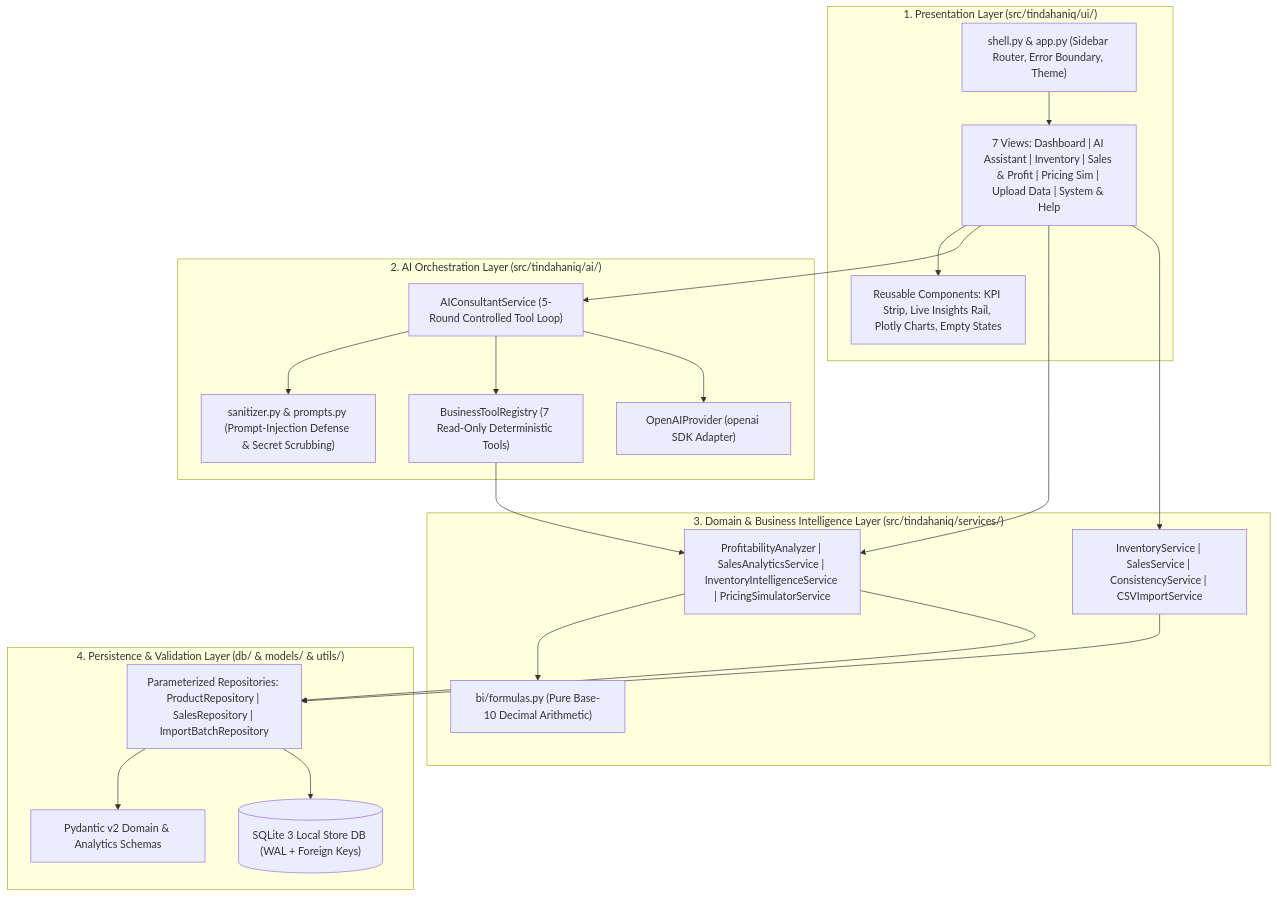
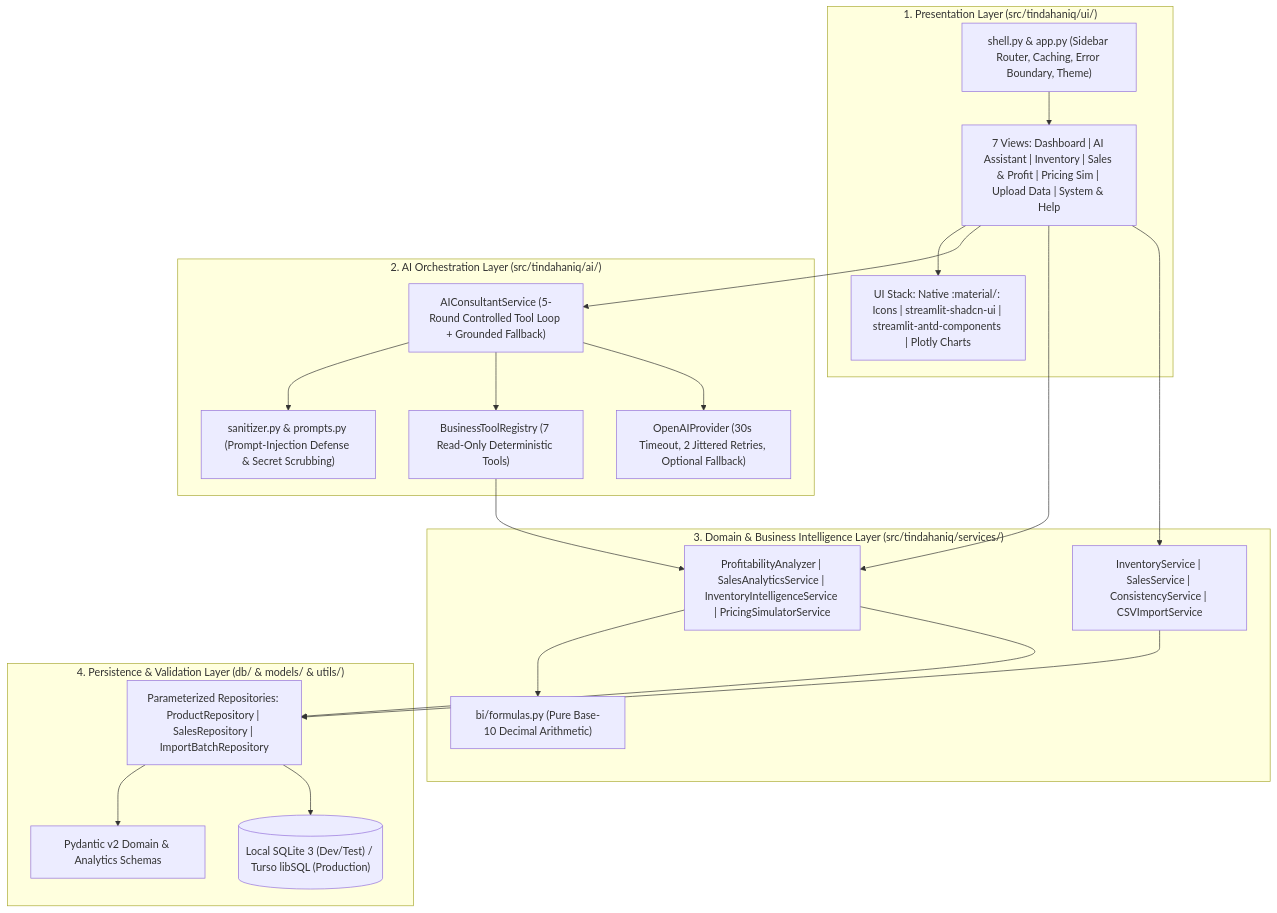
One commit to Leandrozxc/TindahanIQ changed the diagram in docs/architecture.md. Above: the diagram before and after it, drawn with Mermaid. The commit also changed other lines of this file and 17 other files, not shown here.

Commit message:
feat(db): add durable Turso (libSQL) Hrana v2 persistence for production

````diff
--- a/docs/architecture.md
+++ b/docs/architecture.md
@@ -7,43 +9,43 @@
 ```mermaid
 flowchart TD
     subgraph Presentation["1. Presentation Layer (src/tindahaniq/ui/)"]
-        Shell["shell.py & app.py (Sidebar Router, Error Boundary, Theme)"]
+        Shell["shell.py & app.py (Sidebar Router, Caching, Error Boundary, Theme)"]
         Pages["7 Views: Dashboard | AI Assistant | Inventory | Sales & Profit | Pricing Sim | Upload Data | System & Help"]
-        Components["Reusable Components: KPI Strip, Live Insights Rail, Plotly Charts, Empty States"]
+        Components["UI Stack: Native :material/: Icons | streamlit-shadcn-ui | streamlit-antd-components | Plotly Charts"]
     end
 
     subgraph AI["2. AI Orchestration Layer (src/tindahaniq/ai/)"]
-        Consultant["AIConsultantService (5-Round Controlled Tool Loop)"]
+        Consultant["AIConsultantService (5-Round Controlled Tool Loop + Grounded Fallback)"]
         Sanitizer["sanitizer.py & prompts.py (Prompt-Injection Defense & Secret Scrubbing)"]
         Tools["BusinessToolRegistry (7 Read-Only Deterministic Tools)"]
-        Provider["OpenAIProvider (openai SDK Adapter)"]
+        Provider["OpenAIProvider (30s Timeout, 2 Jittered Retries, Optional Fallback)"]
     end
 
     subgraph DomainBI["3. Domain & Business Intelligence Layer (src/tindahaniq/services/)"]
         Formulas["bi/formulas.py (Pure Base-10 Decimal Arithmetic)"]
         BI["ProfitabilityAnalyzer | SalesAnalyticsService | InventoryIntelligenceService | PricingSimulatorService"]
         Ops["InventoryService | SalesService | ConsistencyService | CSVImportService"]
     end
 
     subgraph Persistence["4. Persistence & Validation Layer (db/ & models/ & utils/)"]
         Schemas["Pydantic v2 Domain & Analytics Schemas"]
         Repos["Parameterized Repositories: ProductRepository | SalesRepository | ImportBatchRepository"]
-        SQLite[("SQLite 3 Local Store DB (WAL + Foreign Keys)")]
+        SQLite[("Local SQLite 3 (Dev/Test) / Turso libSQL (Production)")]
     end
 
     Shell --> Pages --> Components
     Pages --> Consultant
     Pages --> BI
     Pages --> Ops
 
     Consultant --> Sanitizer
     Consultant --> Tools
     Consultant --> Provider
     Tools --> BI
 
     BI --> Formulas
     BI --> Repos
     Ops --> Repos
     Repos --> Schemas
     Repos --> SQLite
 ```
````
